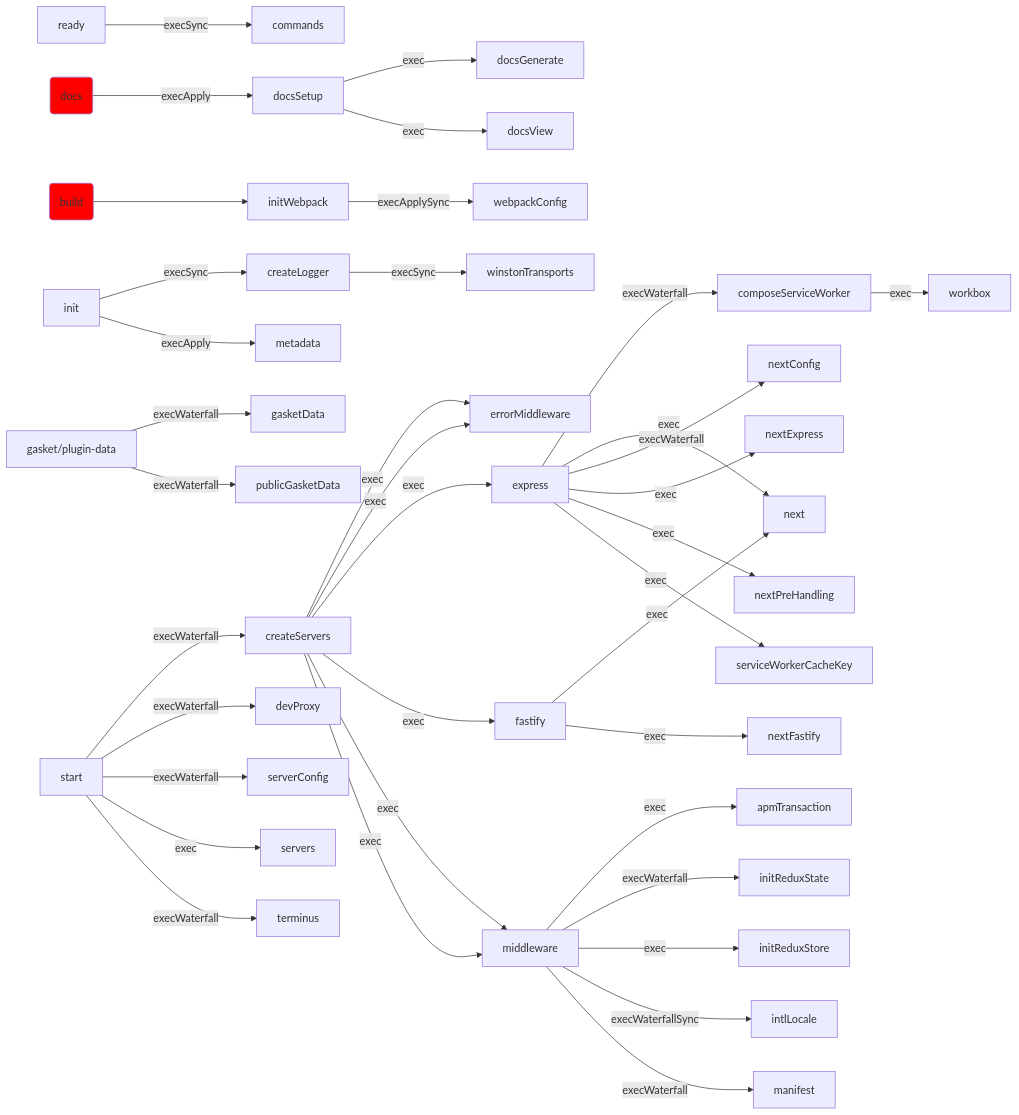
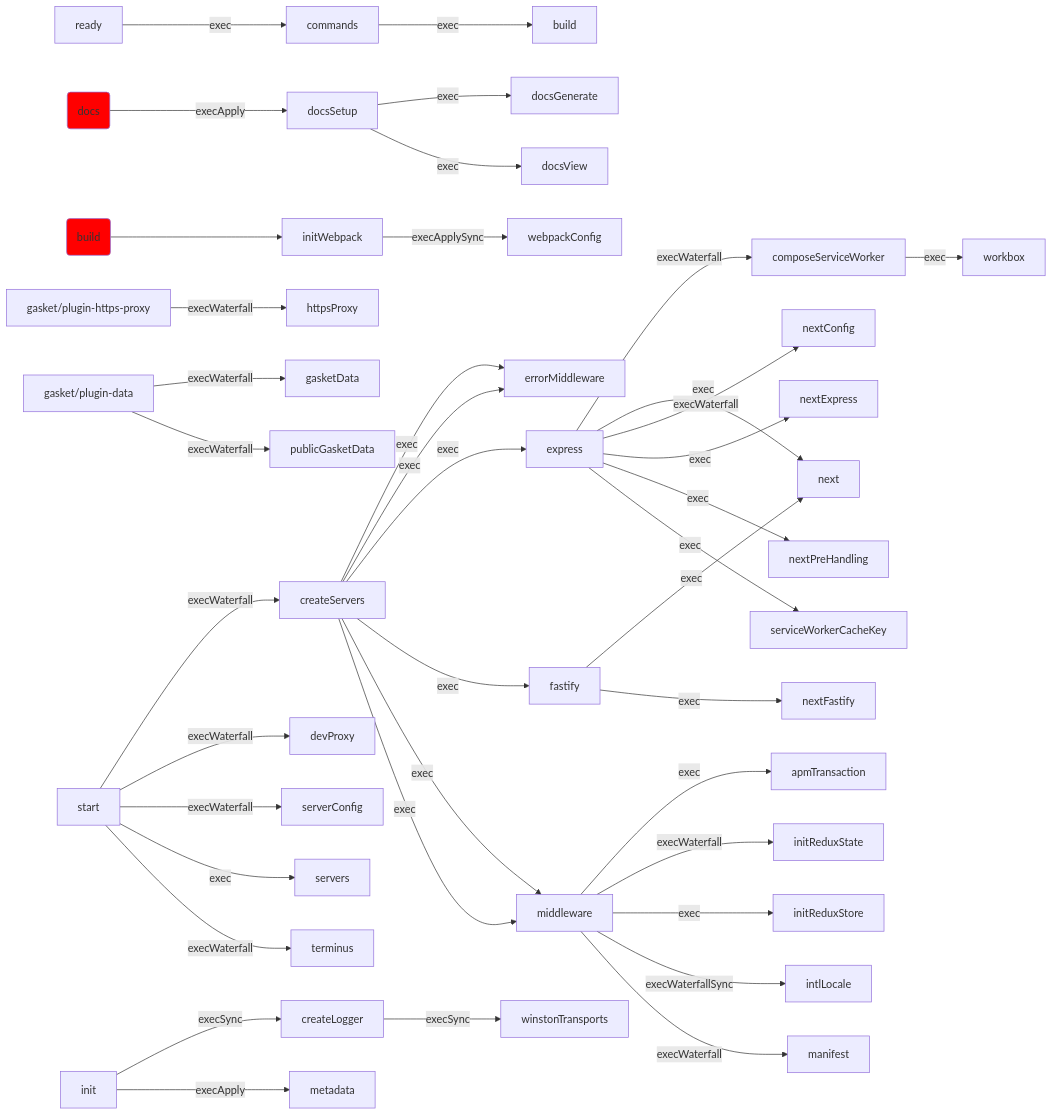
Before and after one commit to godaddy/gasket: the diagram in docs/generated-docs/lifecycle-graphs.md, drawn with Mermaid. The commit also changed 57 other files, not shown here.

````diff
--- a/docs/generated-docs/lifecycle-graphs.md
+++ b/docs/generated-docs/lifecycle-graphs.md
@@ -1,41 +1,43 @@
 ```mermaid
 graph LR;
 middleware -- exec --> apmTransaction;
-ready -- execSync --> commands;
+commands -- exec --> build;
+ready -- exec --> commands;
 express -- execWaterfall --> composeServiceWorker;
 init -- execSync --> createLogger;
 start -- execWaterfall --> createServers;
 start -- execWaterfall --> devProxy;
 docsSetup -- exec --> docsGenerate;
 docs-cmd(docs) -- execApply --> docsSetup;
 docsSetup -- exec --> docsView;
 createServers -- exec --> errorMiddleware;
 createServers -- exec --> errorMiddleware;
 createServers -- exec --> express;
 createServers -- exec --> fastify;
 gasket/plugin-data -- execWaterfall --> gasketData;
+gasket/plugin-https-proxy -- execWaterfall --> httpsProxy;
 middleware -- execWaterfall --> initReduxState;
 middleware -- exec --> initReduxStore;
 build-cmd(build) --> initWebpack;
 middleware -- execWaterfallSync --> intlLocale;
 middleware -- execWaterfall --> manifest;
 init -- execApply --> metadata;
 createServers -- exec --> middleware;
 createServers -- exec --> middleware;
 express -- exec --> next;
 fastify -- exec --> next;
 express -- execWaterfall --> nextConfig;
 express -- exec --> nextExpress;
 fastify -- exec --> nextFastify;
 express -- exec --> nextPreHandling;
 gasket/plugin-data -- execWaterfall --> publicGasketData;
 start -- execWaterfall --> serverConfig;
 start -- exec --> servers;
 express -- exec --> serviceWorkerCacheKey;
 start -- execWaterfall --> terminus;
 initWebpack -- execApplySync --> webpackConfig;
 createLogger -- execSync --> winstonTransports;
 composeServiceWorker -- exec --> workbox;
 style docs-cmd fill: red;
 style build-cmd fill: red;
 ```
````
